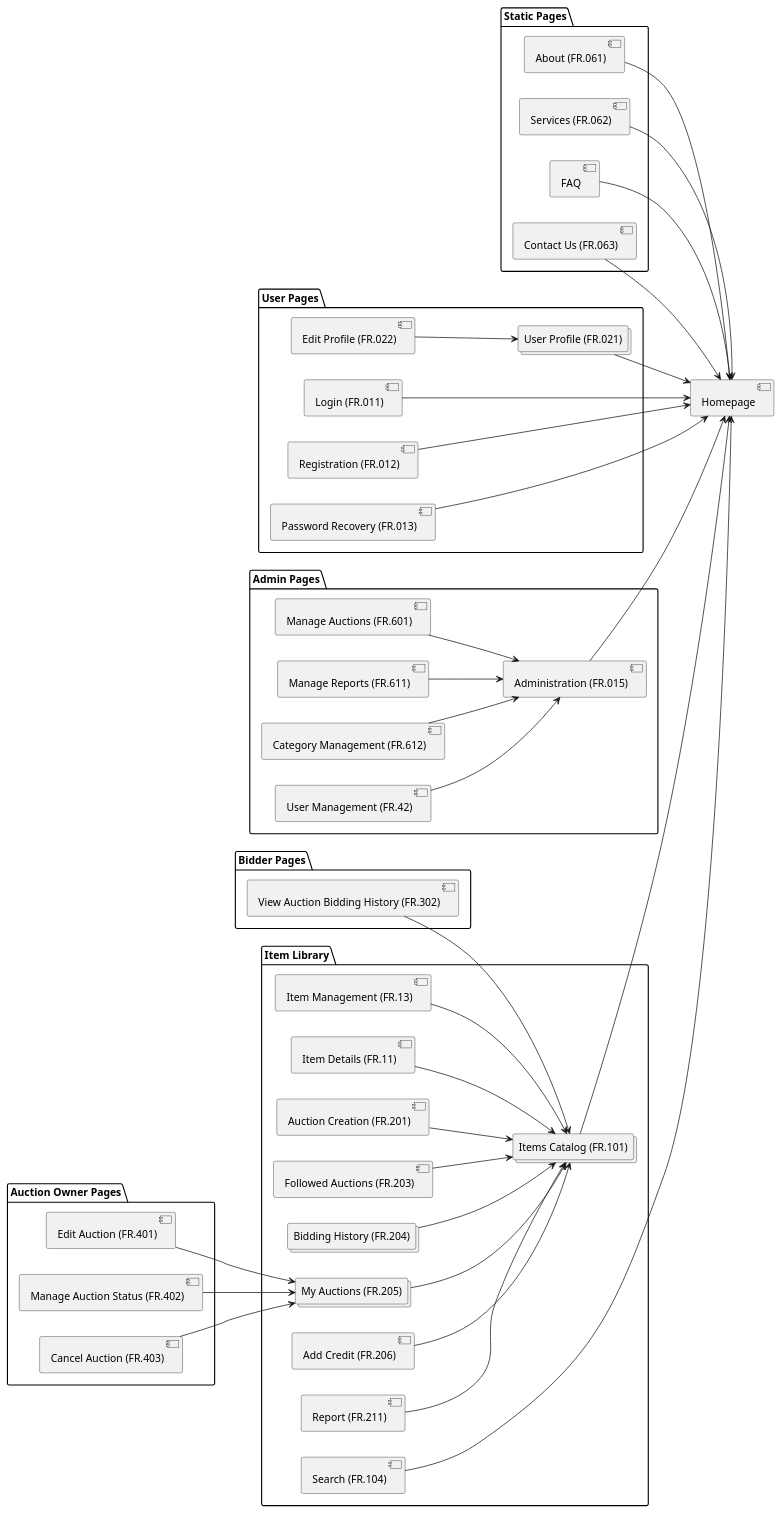
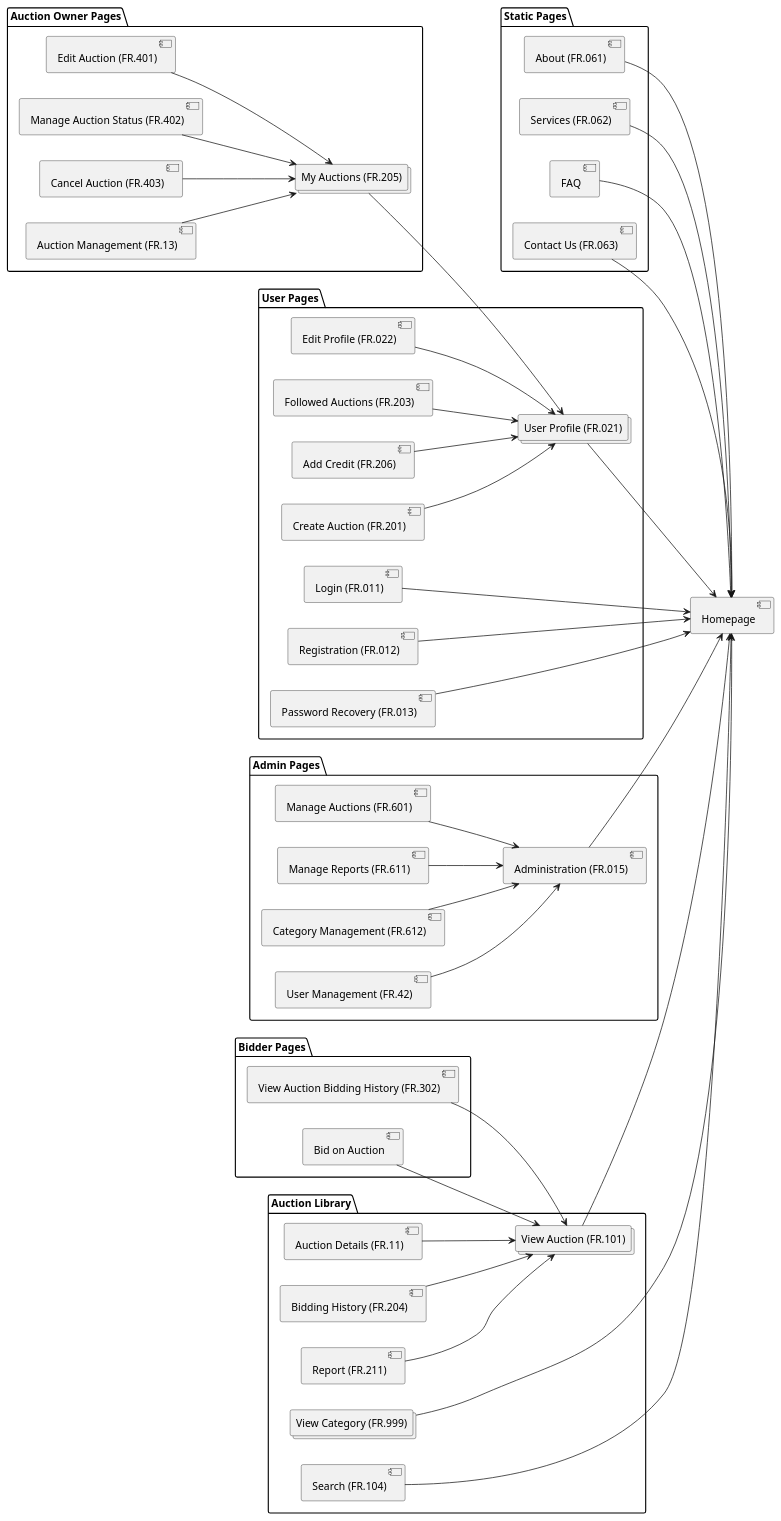
Before and after one commit to itsnova204/lbaw2451: the diagram in uml/sitemap.plantuml, drawn with PlantUML.

Commit message:
correct sitemap

```diff
--- a/uml/sitemap.plantuml
+++ b/uml/sitemap.plantuml
@@ -1,57 +1,60 @@
 @startuml sitemap
 left to right direction
 
 ' Definir a Homepage fora de qualquer pacote
 [Homepage]
 
 package "Static Pages" {
     [About (FR.061)] --> [Homepage]
     [Services (FR.062)] --> [Homepage]
     [FAQ] --> [Homepage]
     [Contact Us (FR.063)] --> [Homepage]
 }
 
 package "User Pages" {
     [Login (FR.011)] --> [Homepage]
     [Registration (FR.012)] --> [Homepage]
     [Password Recovery (FR.013)] --> [Homepage]
     collections "User Profile (FR.021)" as prof
     prof --> [Homepage]
     [Edit Profile (FR.022)] --> prof
+    [Followed Auctions (FR.203)] --> prof
+    [Add Credit (FR.206)] --> prof
+    [Create Auction (FR.201)] --> prof
 }
 
 package "Admin Pages" {
     [Administration (FR.015)] --> [Homepage]
     [Manage Auctions (FR.601)] --> [Administration (FR.015)]
     [Manage Reports (FR.611)] --> [Administration (FR.015)]
     [Category Management (FR.612)] --> [Administration (FR.015)]
     [User Management (FR.42)] --> [Administration (FR.015)]
 }
 
-package "Item Library" {
-    collections "Items Catalog (FR.101)" as icat
+package "Auction Library" {
+    collections "View Auction (FR.101)" as icat
+    collections "View Category (FR.999)" as vcat
+    vcat --> [Homepage]
     icat --> [Homepage]
     [Search (FR.104)] --> [Homepage]
-    [Item Management (FR.13)] --> icat
-    [Item Details (FR.11)] --> icat
-    [Auction Creation (FR.201)] --> icat
-    [Followed Auctions (FR.203)] --> icat
-    collections "Bidding History (FR.204)" as bid_hist 
+    [Auction Details (FR.11)] --> icat
+    [Bidding History (FR.204)] as bid_hist 
     bid_hist --> icat
-    collections "My Auctions (FR.205)" as myauc
-    myauc --> icat
-    [Add Credit (FR.206)] --> icat
     [Report (FR.211)] --> icat
 }
 
 package "Auction Owner Pages" {
+    collections "My Auctions (FR.205)" as myauc
+    myauc --> prof
     [Edit Auction (FR.401)] --> myauc
     [Manage Auction Status (FR.402)] --> myauc
     [Cancel Auction (FR.403)] --> myauc
+    [Auction Management (FR.13)] --> myauc
 }
 
 package "Bidder Pages" {
     [View Auction Bidding History (FR.302)] --> icat
+    [Bid on Auction] --> icat
 }
 
 @enduml
```
